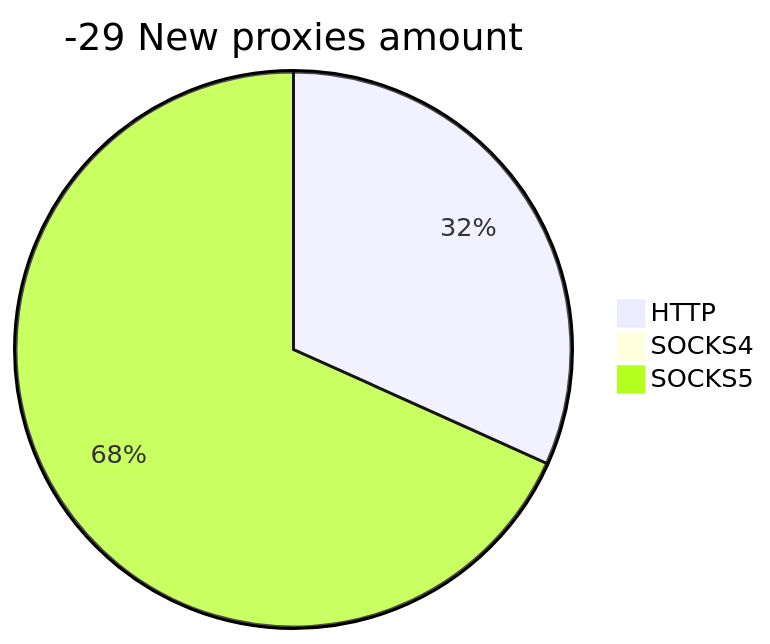
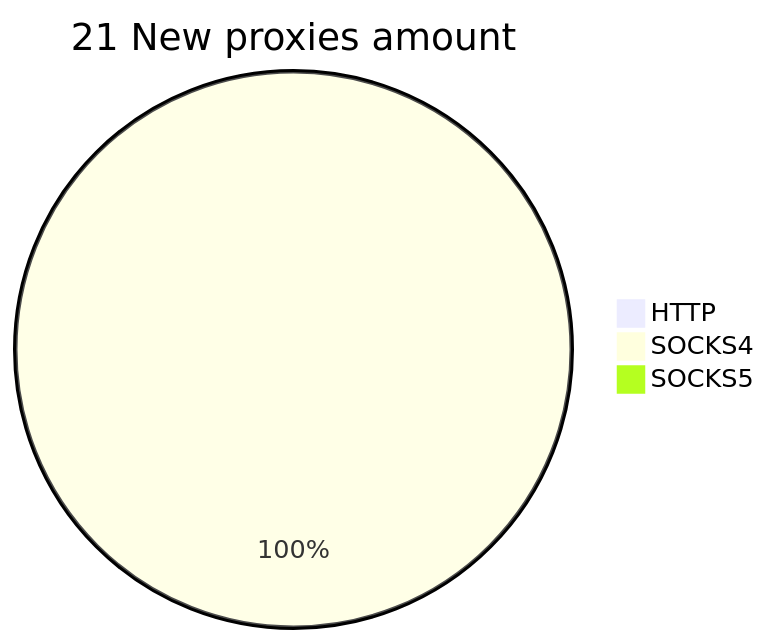
One commit to cutipu/proxylist changed the second of 2 diagrams in README.md. Above: the diagram before and after it, drawn with Mermaid. The commit also changed other lines of this file, not shown here.

````diff
--- a/README.md
+++ b/README.md
@@ -10,6 +10,6 @@
 ```mermaid
-pie title -29 New proxies amount
-    "HTTP" : 33
-    "SOCKS4" : 0
-    "SOCKS5" : 71
+pie title 21 New proxies amount
+    "HTTP" : 0
+    "SOCKS4" : 219
+    "SOCKS5" : 0
 ```
````
